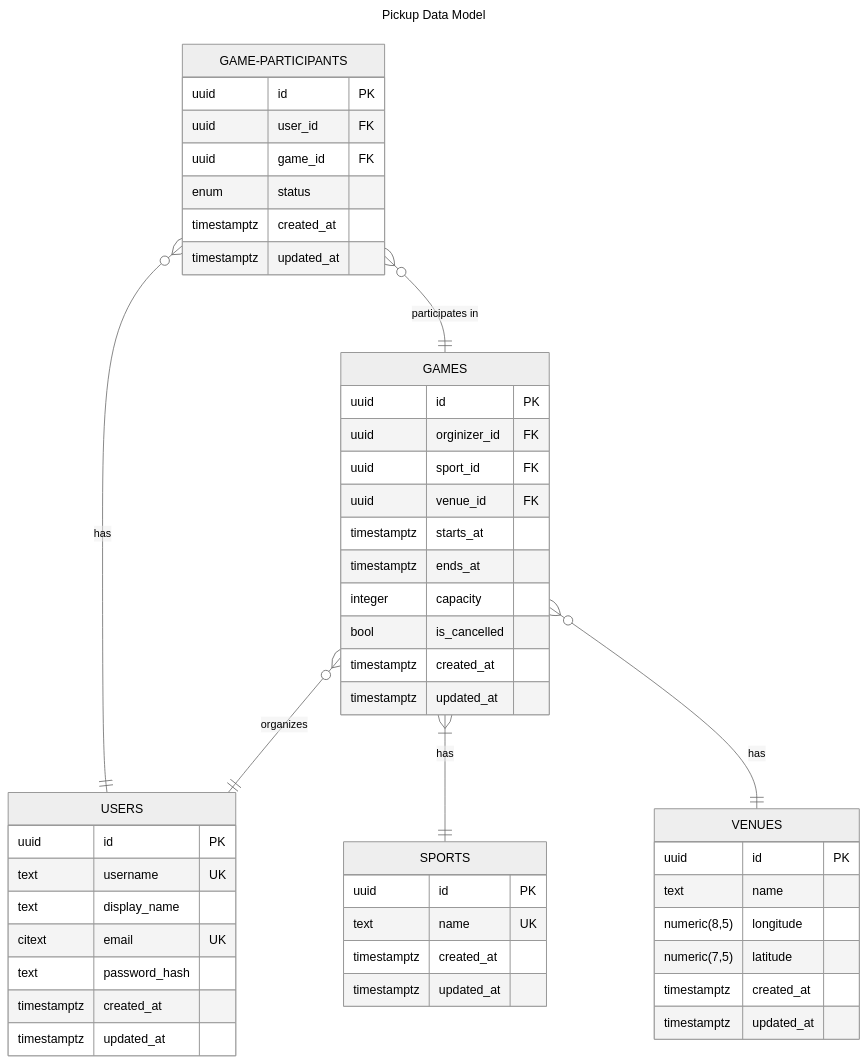
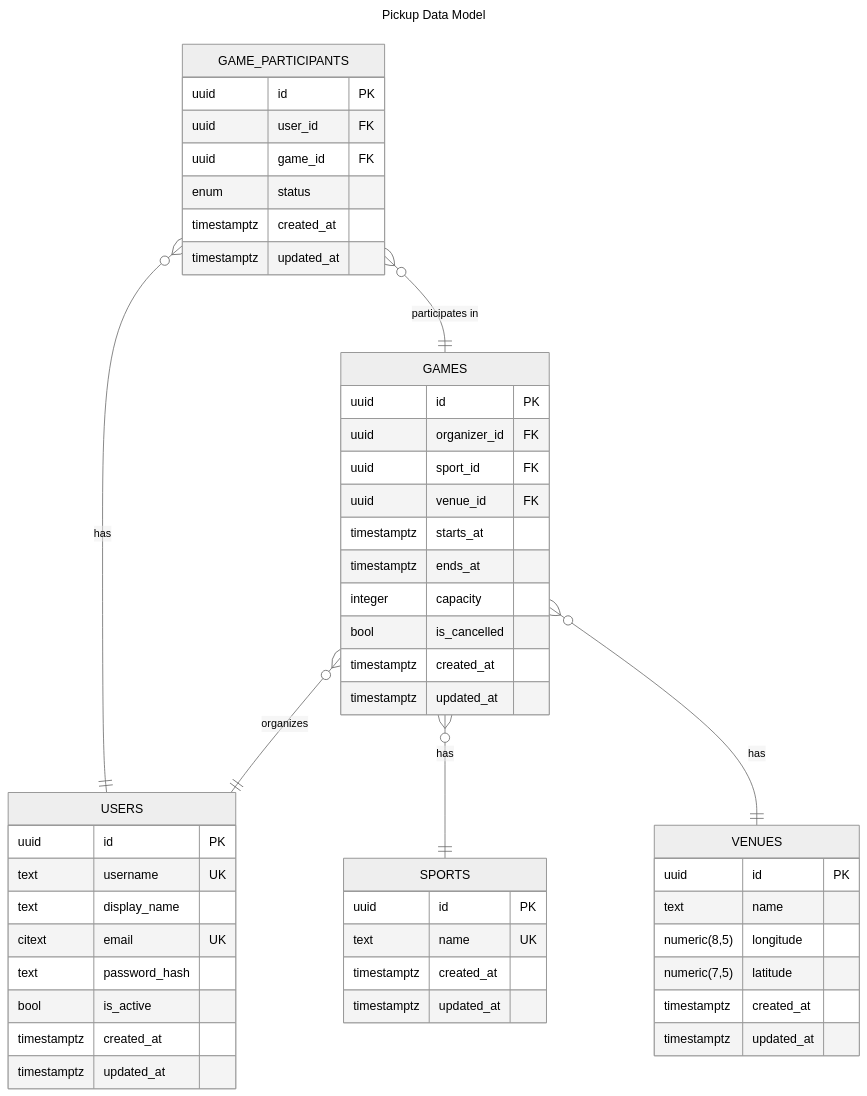
One commit to AkakiGoginava/React-Native---Next.js-Learning-Project changed the diagram in docs/data-model.md. Above: the diagram before and after it, drawn with Mermaid (neutral theme). The commit also changed other lines of this file, not shown here.

````diff
--- a/docs/data-model.md
+++ b/docs/data-model.md
@@ -3,54 +3,55 @@
 ```mermaid
 ---
 title: Pickup Data Model
 ---
 erDiagram
-    GAME-PARTICIPANTS }o--|| USERS : has
-    GAME-PARTICIPANTS }o--|| GAMES : "participates in"
-    GAMES }|--|| SPORTS : has
+    GAME_PARTICIPANTS }o--|| USERS : has
+    GAME_PARTICIPANTS }o--|| GAMES : "participates in"
+    GAMES }o--|| SPORTS : has
     GAMES }o--|| VENUES : has
     GAMES }o--|| USERS : organizes
     USERS {
         uuid id PK
         text username UK
         text display_name
         citext email UK
         text password_hash
+        bool is_active
         timestamptz created_at
         timestamptz updated_at
     }
-    GAME-PARTICIPANTS {
+    GAME_PARTICIPANTS {
         uuid id PK
         uuid user_id FK
         uuid game_id FK
         enum status
         timestamptz created_at
         timestamptz updated_at
     }
     SPORTS {
         uuid id PK
         text name UK
         timestamptz created_at
         timestamptz updated_at
     }
     VENUES {
         uuid id PK
         text name
         numeric(8,5) longitude
         numeric(7,5) latitude
         timestamptz created_at
         timestamptz updated_at
     }
     GAMES {
         uuid id PK
-        uuid orginizer_id FK
+        uuid organizer_id FK
         uuid sport_id FK
         uuid venue_id FK
         timestamptz starts_at
         timestamptz ends_at
         integer capacity
         bool is_cancelled
         timestamptz created_at
         timestamptz updated_at
     }
 ```
````
